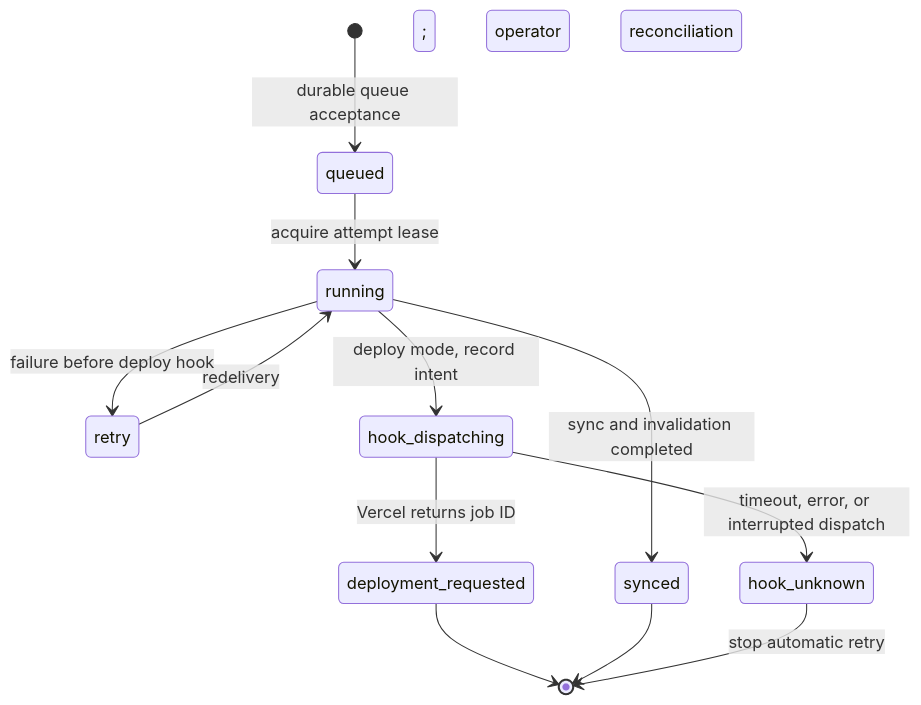
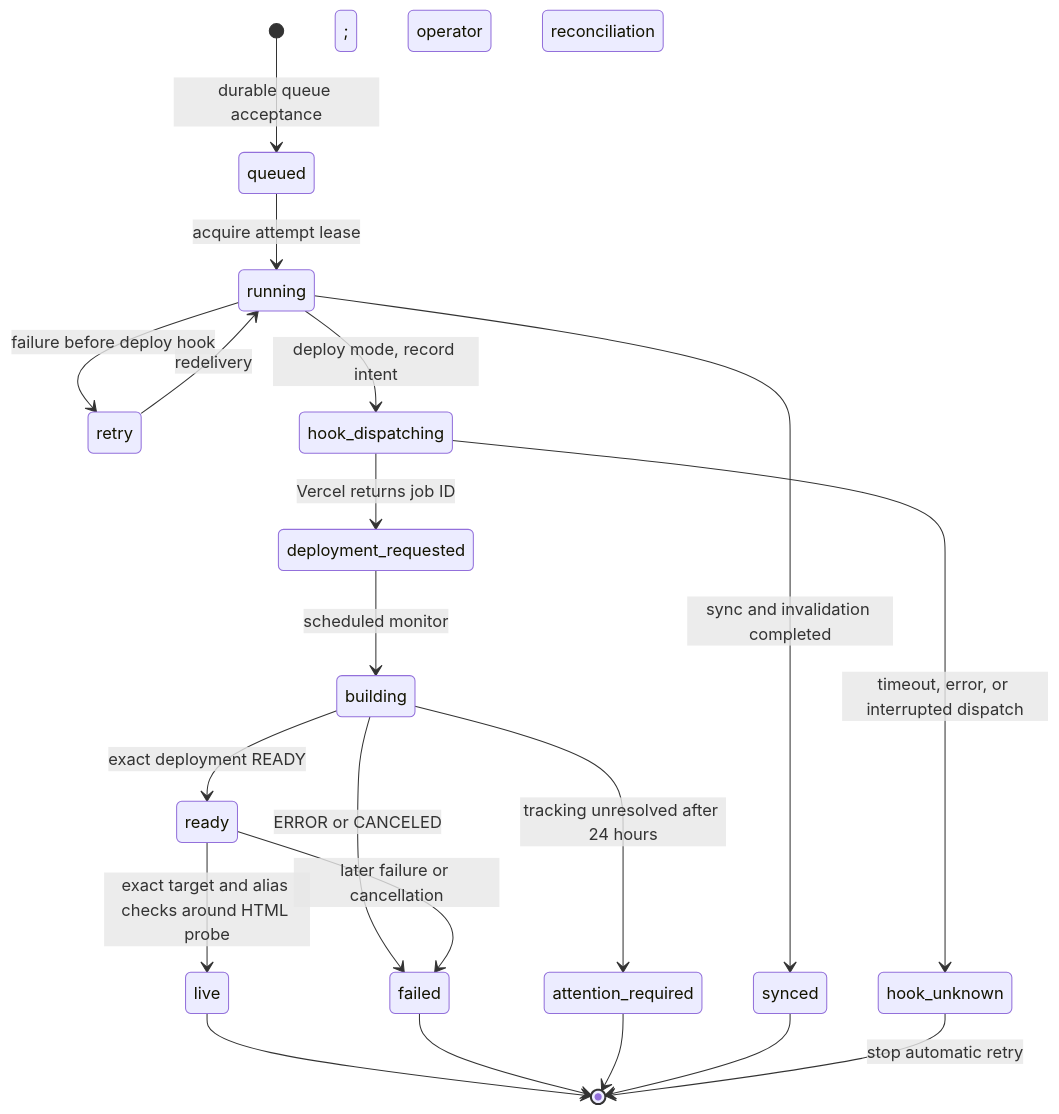
The fourth of 5 diagrams in docs/ARCHITECTURE.md (MONO-Advertising/mono-deployer), drawn with Mermaid before and after one commit. The commit also changed other lines of this file and 13 other files, not shown here.

````diff
--- a/docs/ARCHITECTURE.md
+++ b/docs/ARCHITECTURE.md
@@ -153,14 +195,22 @@
 ```mermaid
 stateDiagram-v2
   [*] --> queued: durable queue acceptance
   queued --> running: acquire attempt lease
   retry --> running: redelivery
   running --> retry: failure before deploy hook
   running --> synced: sync and invalidation completed
   running --> hook_dispatching: deploy mode, record intent
   hook_dispatching --> deployment_requested: Vercel returns job ID
   hook_dispatching --> hook_unknown: timeout, error, or interrupted dispatch
-  deployment_requested --> [*]
+  deployment_requested --> building: scheduled monitor
+  building --> ready: exact deployment READY
+  ready --> live: exact target and alias checks around HTML probe
+  building --> failed: ERROR or CANCELED
+  ready --> failed: later failure or cancellation
+  building --> attention_required: tracking unresolved after 24 hours
+  live --> [*]
+  failed --> [*]
+  attention_required --> [*]
   synced --> [*]
   hook_unknown --> [*]: stop automatic retry; operator reconciliation
 ```
````
